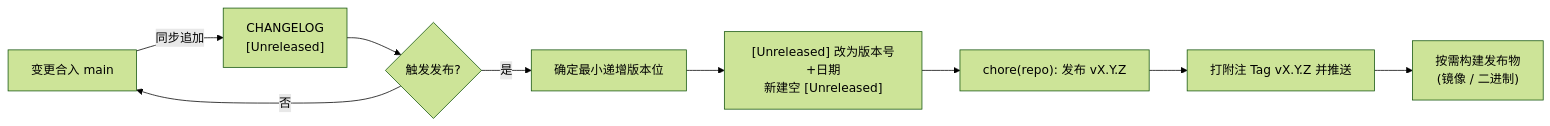
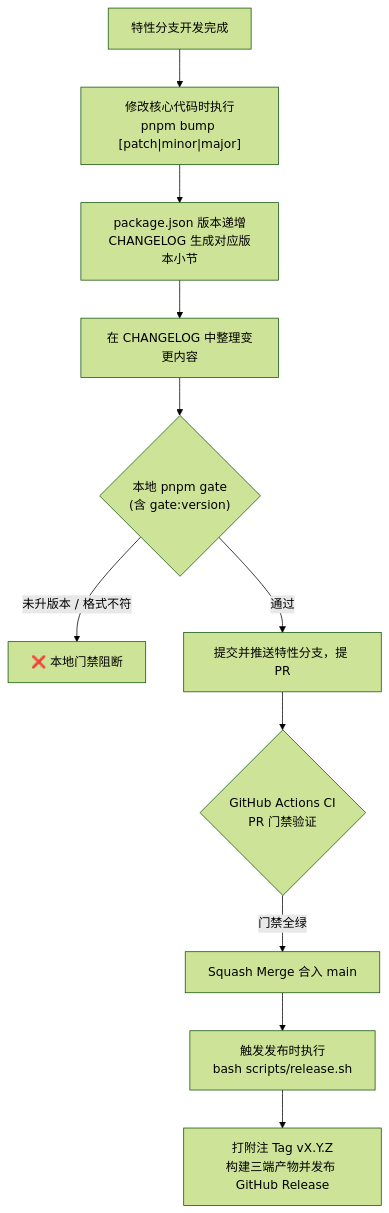
Before and after one commit to Nanako660/riricloud: the diagram in docs/VERSIONING.md, drawn with Mermaid (forest theme). The commit also changed other lines of this file and 14 other files, not shown here.

````diff
--- a/docs/VERSIONING.md
+++ b/docs/VERSIONING.md
@@ -87,11 +87,13 @@
 ```mermaid
-flowchart LR
-    A["变更合入 main"] -->|同步追加| B["CHANGELOG<br/>[Unreleased]"]
-    B --> C{"触发发布?"}
-    C -->|否| A
-    C -->|是| D["确定最小递增版本位"]
-    D --> E["[Unreleased] 改为版本号+日期<br/>新建空 [Unreleased]"]
-    E --> F["chore(repo): 发布 vX.Y.Z"]
-    F --> G["打附注 Tag vX.Y.Z 并推送"]
-    G --> H["按需构建发布物<br/>(镜像 / 二进制)"]
+flowchart TD
+    A["特性分支开发完成"] --> B["修改核心代码时执行<br/>pnpm bump [patch|minor|major]"]
+    B --> C["package.json 版本递增<br/>CHANGELOG 生成对应版本小节"]
+    C --> D["在 CHANGELOG 中整理变更内容"]
+    D --> E{"本地 pnpm gate<br/>(含 gate:version)"}
+    E -->|未升版本 / 格式不符| F["❌ 本地门禁阻断"]
+    E -->|通过| G["提交并推送特性分支，提 PR"]
+    G --> H{"GitHub Actions CI<br/>PR 门禁验证"}
+    H -->|门禁全绿| I["Squash Merge 合入 main"]
+    I --> J["触发发布时执行<br/>bash scripts/release.sh"]
+    J --> K["打附注 Tag vX.Y.Z<br/>构建三端产物并发布 GitHub Release"]
 ```
````
